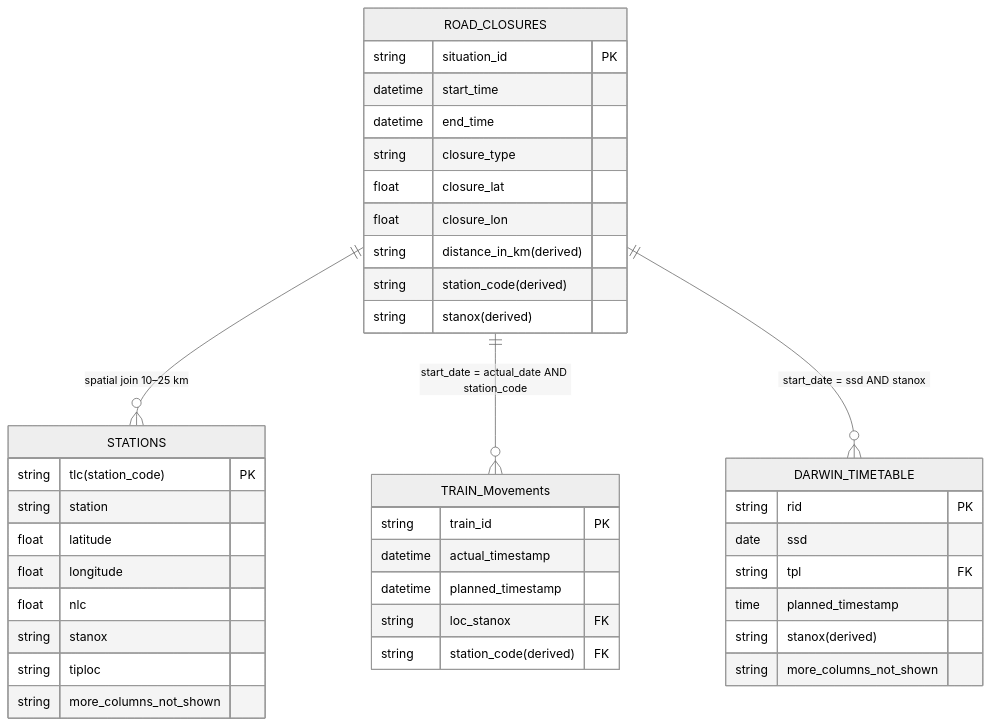
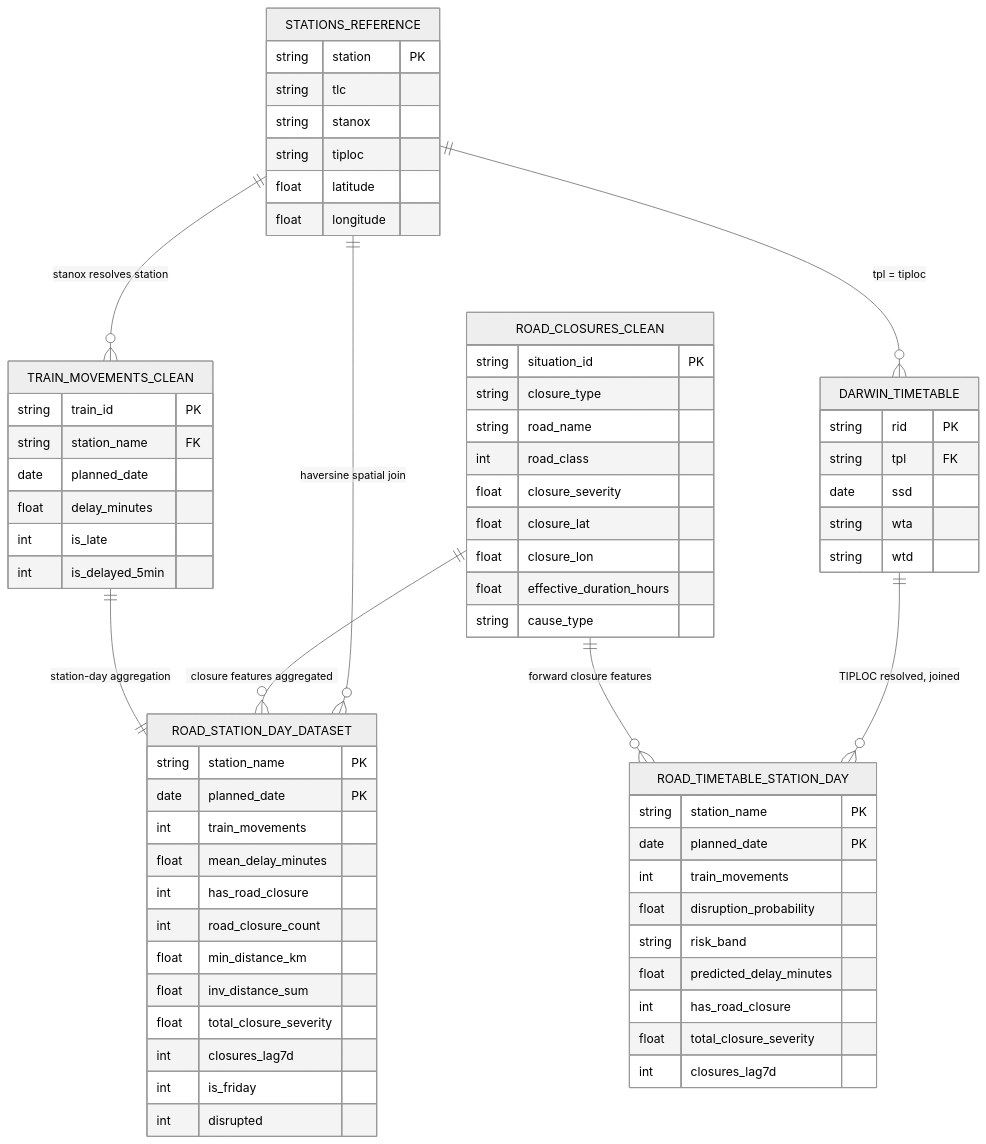
The first of 2 diagrams in Report.md (nehavadapally/master-dissertation-project), drawn with Mermaid (neutral theme) before and after one commit. The commit also changed other lines of this file and 21 other files, not shown here.

First line of the commit message:
Refactor train moments to train movements

````diff
--- a/Report.md
+++ b/Report.md
@@ -185,69 +15,75 @@
 ```mermaid
 erDiagram
-    %% ------------------------------------------------
-    %% ROAD CLOSURES
-    %% ------------------------------------------------
-    ROAD_CLOSURES {
+    STATIONS_REFERENCE {
+        string station PK
+        string tlc
+        string stanox
+        string tiploc
+        float latitude
+        float longitude
+    }
+
+    ROAD_CLOSURES_CLEAN {
         string situation_id PK
-        datetime start_time
-        datetime end_time
         string closure_type
+        string road_name
+        int road_class
+        float closure_severity
         float closure_lat
         float closure_lon
-        string distance_in_km(derived)
-        string station_code(derived)
-        string stanox(derived)
+        float effective_duration_hours
+        string cause_type
     }
 
-    %% ------------------------------------------------
-    %% TRAIN Movements
-    %% ------------------------------------------------
-    TRAIN_Movements {
+    TRAIN_MOVEMENTS_CLEAN {
         string train_id PK
-        datetime actual_timestamp
-        datetime planned_timestamp
-        string loc_stanox FK
-        string station_code(derived) FK
+        string station_name FK
+        date planned_date
+        float delay_minutes
+        int is_late
+        int is_delayed_5min
     }
 
-    %% ------------------------------------------------
-    %% DARWIN TIMETABLE
-    %% ------------------------------------------------
     DARWIN_TIMETABLE {
         string rid PK
+        string tpl FK
         date ssd
-        string tpl FK
-        time planned_timestamp
-        string stanox(derived)
-        string more_columns_not_shown
+        string wta
+        string wtd
     }
 
-    %% ------------------------------------------------
-    %% STATIONS
-    %% ------------------------------------------------
-    STATIONS {
-        string tlc(station_code) PK
-        string station    
-        float latitude
-        float longitude
-        float nlc
-        string stanox
-        string tiploc
-        string more_columns_not_shown
+    ROAD_STATION_DAY_DATASET {
+        string station_name PK
+        date planned_date PK
+        int train_movements
+        float mean_delay_minutes
+        int has_road_closure
+        int road_closure_count
+        float min_distance_km
+        float inv_distance_sum
+        float total_closure_severity
+        int closures_lag7d
+        int is_friday
+        int disrupted
     }
 
-    
+    ROAD_TIMETABLE_STATION_DAY {
+        string station_name PK
+        date planned_date PK
+        int train_movements
+        float disruption_probability
+        string risk_band
+        float predicted_delay_minutes
+        int has_road_closure
+        float total_closure_severity
+        int closures_lag7d
+    }
 
-    %% ------------------------------------------------
-    %% RELATIONSHIPS
-    %% ------------------------------------------------
-    ROAD_CLOSURES ||--o{ STATIONS : "spatial join 10–25 km"
-    ROAD_CLOSURES ||--o{ TRAIN_Movements : "start_date = actual_date AND station_code"
-    
-    ROAD_CLOSURES ||--o{ DARWIN_TIMETABLE : "start_date = ssd AND stanox"
-    %% Spatial joins (Road → Rail)
-
-    
-    
-
+    STATIONS_REFERENCE ||--o{ TRAIN_MOVEMENTS_CLEAN : "stanox resolves station"
+    STATIONS_REFERENCE ||--o{ ROAD_STATION_DAY_DATASET : "haversine spatial join"
+    ROAD_CLOSURES_CLEAN ||--o{ ROAD_STATION_DAY_DATASET : "closure features aggregated"
+    TRAIN_MOVEMENTS_CLEAN ||--|| ROAD_STATION_DAY_DATASET : "station-day aggregation"
+    DARWIN_TIMETABLE ||--o{ ROAD_TIMETABLE_STATION_DAY : "TIPLOC resolved, joined"
+    ROAD_CLOSURES_CLEAN ||--o{ ROAD_TIMETABLE_STATION_DAY : "forward closure features"
+    STATIONS_REFERENCE ||--o{ DARWIN_TIMETABLE : "tpl = tiploc"
 ```
````
